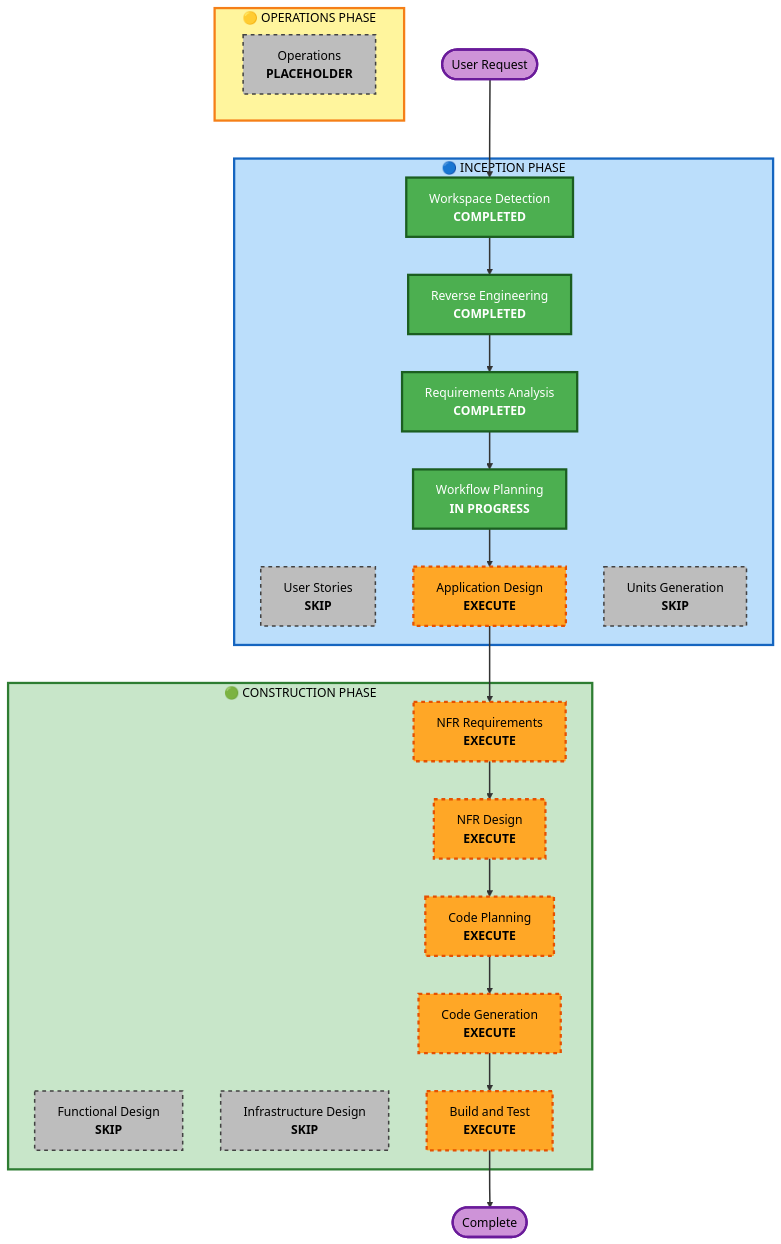
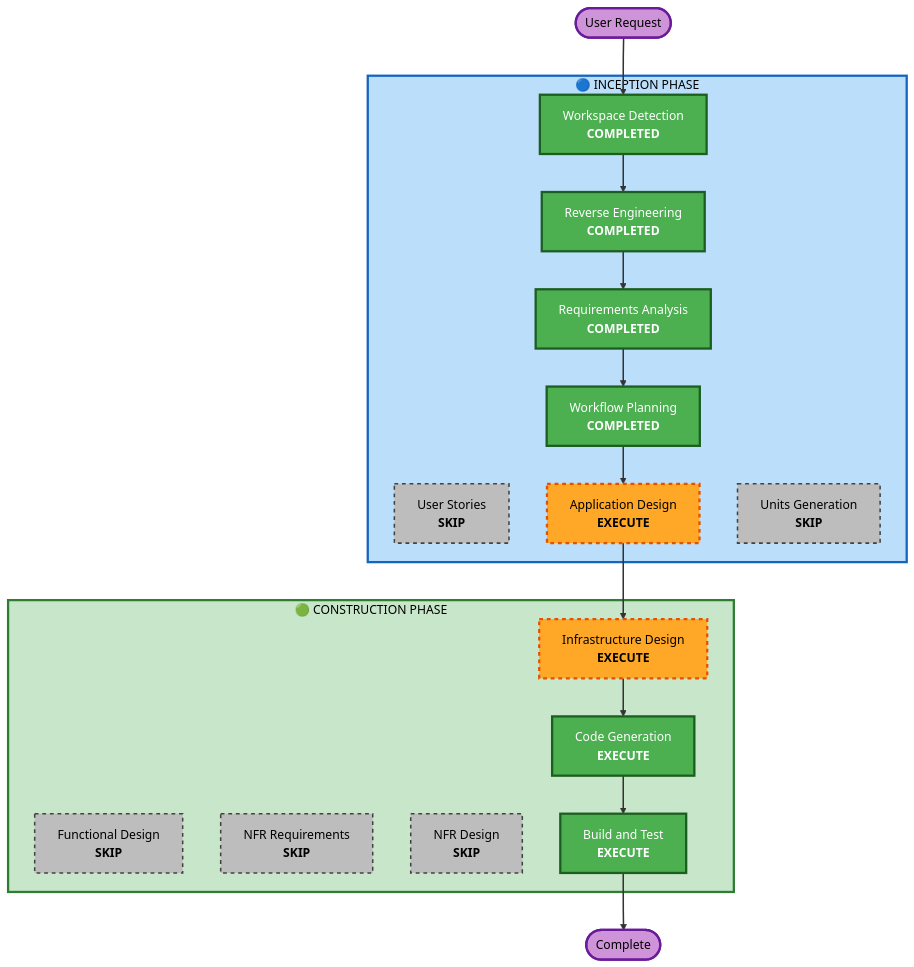
One commit to jooncco/cash-log changed the diagram in aidlc-docs/inception/plans/execution-plan.md. Above: the diagram before and after it, drawn with Mermaid. The commit also changed other lines of this file and 23 other files, not shown here.

Commit message:
📋 Update AIDLC docs for web SPA architecture

````diff
--- a/aidlc-docs/inception/plans/execution-plan.md
+++ b/aidlc-docs/inception/plans/execution-plan.md
@@ -53,63 +29,53 @@
 ```mermaid
 flowchart TD
     Start(["User Request"])
     
     subgraph INCEPTION["🔵 INCEPTION PHASE"]
         WD["Workspace Detection<br/><b>COMPLETED</b>"]
         RE["Reverse Engineering<br/><b>COMPLETED</b>"]
         RA["Requirements Analysis<br/><b>COMPLETED</b>"]
         US["User Stories<br/><b>SKIP</b>"]
-        WP["Workflow Planning<br/><b>IN PROGRESS</b>"]
+        WP["Workflow Planning<br/><b>COMPLETED</b>"]
         AD["Application Design<br/><b>EXECUTE</b>"]
         UG["Units Generation<br/><b>SKIP</b>"]
     end
     
     subgraph CONSTRUCTION["🟢 CONSTRUCTION PHASE"]
         FD["Functional Design<br/><b>SKIP</b>"]
-        NFRA["NFR Requirements<br/><b>EXECUTE</b>"]
-        NFRD["NFR Design<br/><b>EXECUTE</b>"]
-        ID["Infrastructure Design<br/><b>SKIP</b>"]
-        CP["Code Planning<br/><b>EXECUTE</b>"]
+        NFRA["NFR Requirements<br/><b>SKIP</b>"]
+        NFRD["NFR Design<br/><b>SKIP</b>"]
+        ID["Infrastructure Design<br/><b>EXECUTE</b>"]
         CG["Code Generation<br/><b>EXECUTE</b>"]
         BT["Build and Test<br/><b>EXECUTE</b>"]
-    end
-    
-    subgraph OPERATIONS["🟡 OPERATIONS PHASE"]
-        OPS["Operations<br/><b>PLACEHOLDER</b>"]
     end
     
     Start --> WD
     WD --> RE
     RE --> RA
     RA --> WP
     WP --> AD
-    AD --> NFRA
-    NFRA --> NFRD
-    NFRD --> CP
-    CP --> CG
+    AD --> ID
+    ID --> CG
     CG --> BT
     BT --> End(["Complete"])
     
     style WD fill:#4CAF50,stroke:#1B5E20,stroke-width:3px,color:#fff
     style RE fill:#4CAF50,stroke:#1B5E20,stroke-width:3px,color:#fff
     style RA fill:#4CAF50,stroke:#1B5E20,stroke-width:3px,color:#fff
     style WP fill:#4CAF50,stroke:#1B5E20,stroke-width:3px,color:#fff
     style AD fill:#FFA726,stroke:#E65100,stroke-width:3px,stroke-dasharray: 5 5,color:#000
-    style NFRA fill:#FFA726,stroke:#E65100,stroke-width:3px,stroke-dasharray: 5 5,color:#000
-    style NFRD fill:#FFA726,stroke:#E65100,stroke-width:3px,stroke-dasharray: 5 5,color:#000
-    style CP fill:#FFA726,stroke:#E65100,stroke-width:3px,stroke-dasharray: 5 5,color:#000
-    style CG fill:#FFA726,stroke:#E65100,stroke-width:3px,stroke-dasharray: 5 5,color:#000
-    style BT fill:#FFA726,stroke:#E65100,stroke-width:3px,stroke-dasharray: 5 5,color:#000
+    style ID fill:#FFA726,stroke:#E65100,stroke-width:3px,stroke-dasharray: 5 5,color:#000
+    style CG fill:#4CAF50,stroke:#1B5E20,stroke-width:3px,color:#fff
+    style BT fill:#4CAF50,stroke:#1B5E20,stroke-width:3px,color:#fff
     style US fill:#BDBDBD,stroke:#424242,stroke-width:2px,stroke-dasharray: 5 5,color:#000
     style UG fill:#BDBDBD,stroke:#424242,stroke-width:2px,stroke-dasharray: 5 5,color:#000
     style FD fill:#BDBDBD,stroke:#424242,stroke-width:2px,stroke-dasharray: 5 5,color:#000
-    style ID fill:#BDBDBD,stroke:#424242,stroke-width:2px,stroke-dasharray: 5 5,color:#000
-    style OPS fill:#BDBDBD,stroke:#424242,stroke-width:2px,stroke-dasharray: 5 5,color:#000
+    style NFRA fill:#BDBDBD,stroke:#424242,stroke-width:2px,stroke-dasharray: 5 5,color:#000
+    style NFRD fill:#BDBDBD,stroke:#424242,stroke-width:2px,stroke-dasharray: 5 5,color:#000
     style Start fill:#CE93D8,stroke:#6A1B9A,stroke-width:3px,color:#000
     style End fill:#CE93D8,stroke:#6A1B9A,stroke-width:3px,color:#000
     style INCEPTION fill:#BBDEFB,stroke:#1565C0,stroke-width:3px,color:#000
     style CONSTRUCTION fill:#C8E6C9,stroke:#2E7D32,stroke-width:3px,color:#000
-    style OPERATIONS fill:#FFF59D,stroke:#F57F17,stroke-width:3px,color:#000
     
     linkStyle default stroke:#333,stroke-width:2px
 ```
````
